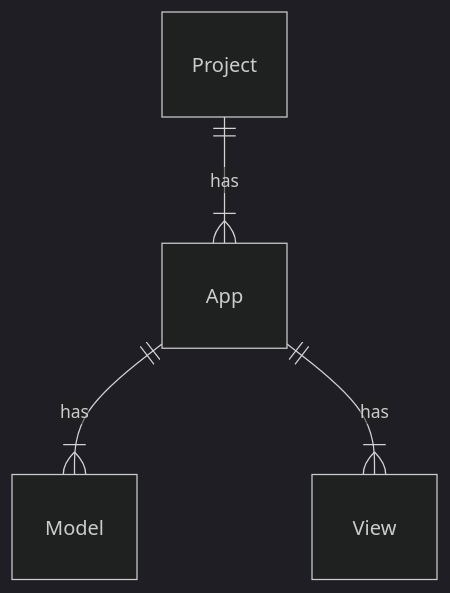
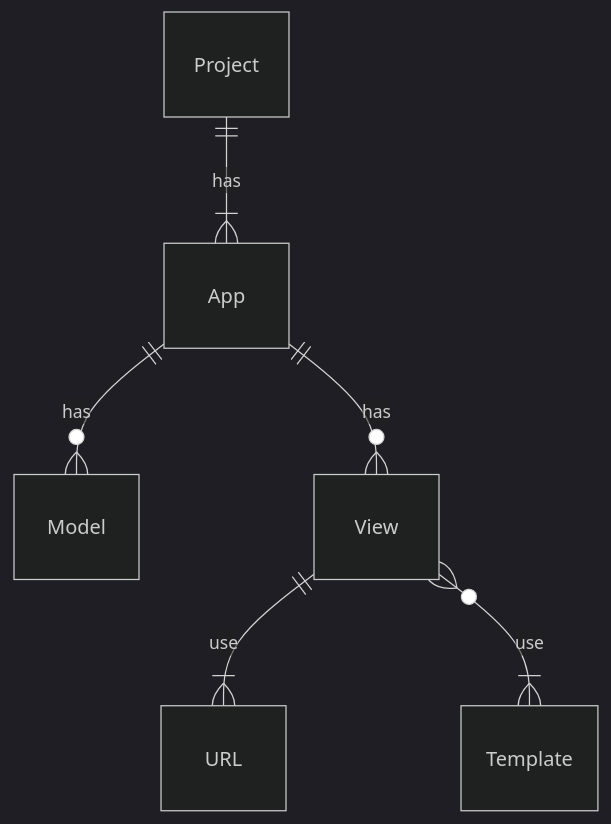
The diagram in Web Development/Backend Frameworks/Django (Python)/Django 的專案架構.md (bingyangchen/KM-software), drawn with Mermaid (dark theme) before and after one commit. The commit also changed other lines of this file and 74 other files, not shown here.

````diff
--- a/Web Development/Backend Frameworks/Django (Python)/Django 的專案架構.md
+++ b/Web Development/Backend Frameworks/Django (Python)/Django 的專案架構.md
@@ -3,6 +3,8 @@
 ```mermaid
 erDiagram
     Project ||--|{ App: has
-    App ||--|{ Model: has
-    App ||--|{ View: has
+    App ||--o{ Model: has
+    App ||--o{ View: has
+    View ||--|{ URL: use
+    View }o--|{ Template: use
 ```
````
